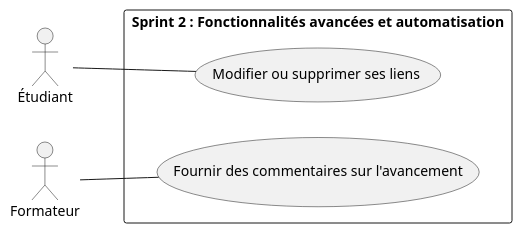
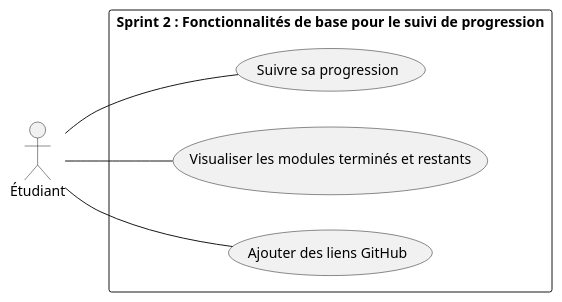
The diagram in Branch_fonctionell/Use_cases/use_case_sprint2.puml (AyoubBakali07/UI_UX_Design), drawn with PlantUML before and after one commit.

```diff
--- a/Branch_fonctionell/Use_cases/use_case_sprint2.puml
+++ b/Branch_fonctionell/Use_cases/use_case_sprint2.puml
@@ -1,14 +1,19 @@
 @startuml
 left to right direction
 actor Étudiant
-actor Formateur
+' actor Formateur
 
-rectangle "Sprint 2 : Fonctionnalités avancées et automatisation" {
-    usecase "Modifier ou supprimer ses liens" as UC8
-    usecase "Fournir des commentaires sur l'avancement" as UC5
+rectangle "Sprint 2 : Fonctionnalités de base pour le suivi de progression" {
+    usecase "Suivre sa progression" as UC1
+    usecase "Visualiser les modules terminés et restants" as UC3
+    usecase "Ajouter des liens GitHub" as UC9
+    ' usecase "Accéder aux rapports d'avancement" as UC4
 }
 
-Étudiant -- UC8
-Formateur -- UC5
+Étudiant -- UC1
+Étudiant -- UC3
+Étudiant -- UC9
+
+' Formateur -- UC4
 
 @enduml
```
